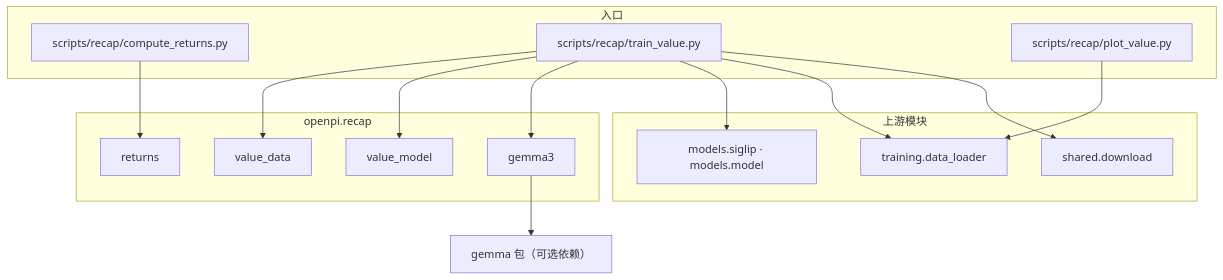
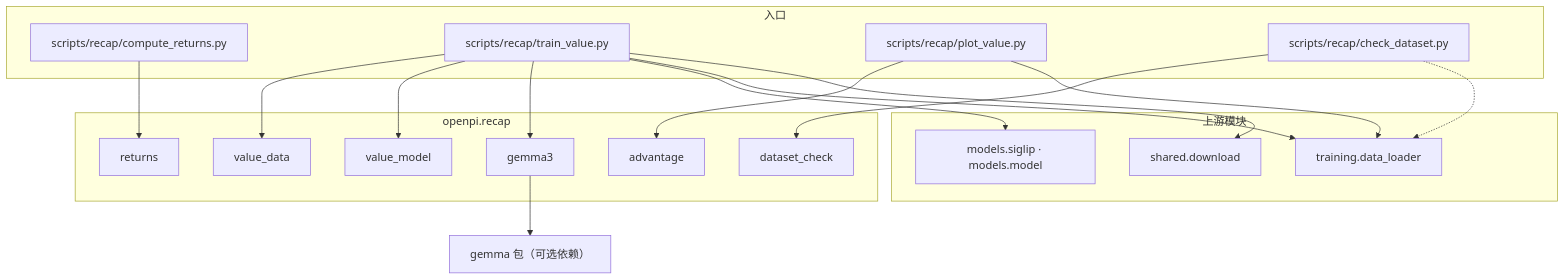
One commit to AtticusZeller/vla-post-train changed the fourth of 4 diagrams in docs/xense-openpi/codebase.md. Above: the diagram before and after it, drawn with Mermaid. The commit also changed other lines of this file and 56 other files, not shown here.

First line of the commit message:
docs(xense-openpi): record advantage-label gate plots and dataset check, bump submodule

````diff
--- a/docs/xense-openpi/codebase.md
+++ b/docs/xense-openpi/codebase.md
@@ -188,29 +200,35 @@
 ```mermaid
 flowchart TB
     subgraph ENTRY["入口"]
         E1["scripts/recap/compute_returns.py"]
         E2["scripts/recap/train_value.py"]
         E3["scripts/recap/plot_value.py"]
+        E4["scripts/recap/check_dataset.py"]
     end
     subgraph RECAP["openpi.recap"]
         R1["returns"]
         R2["value_data"]
         R3["value_model"]
         R4["gemma3"]
+        R5["advantage"]
+        R6["dataset_check"]
     end
     subgraph CORE["上游模块"]
         C1["models.siglip · models.model"]
         C2["training.data_loader"]
         C3["shared.download"]
     end
     EXT["gemma 包（可选依赖）"]
     E1 --> R1
     E2 --> R2
     E2 --> R3
     E2 --> R4
     E2 --> C1
     E2 --> C2
     E2 --> C3
+    E3 --> R5
     E3 --> C2
+    E4 --> R6
+    E4 -.-> C2
     R4 --> EXT
 ```
````
